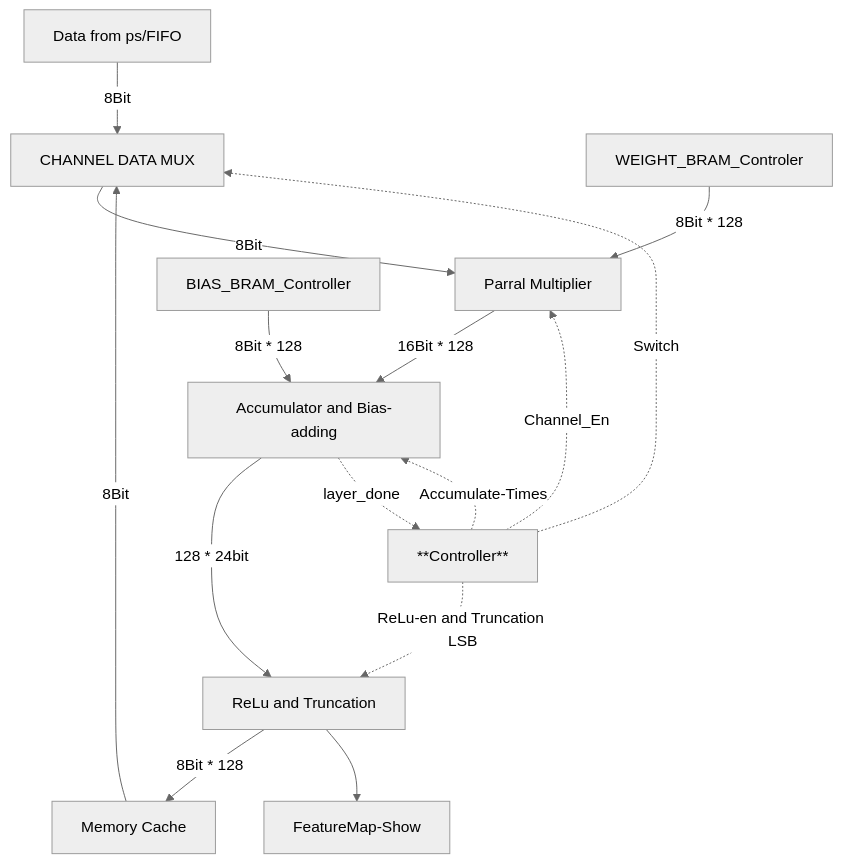
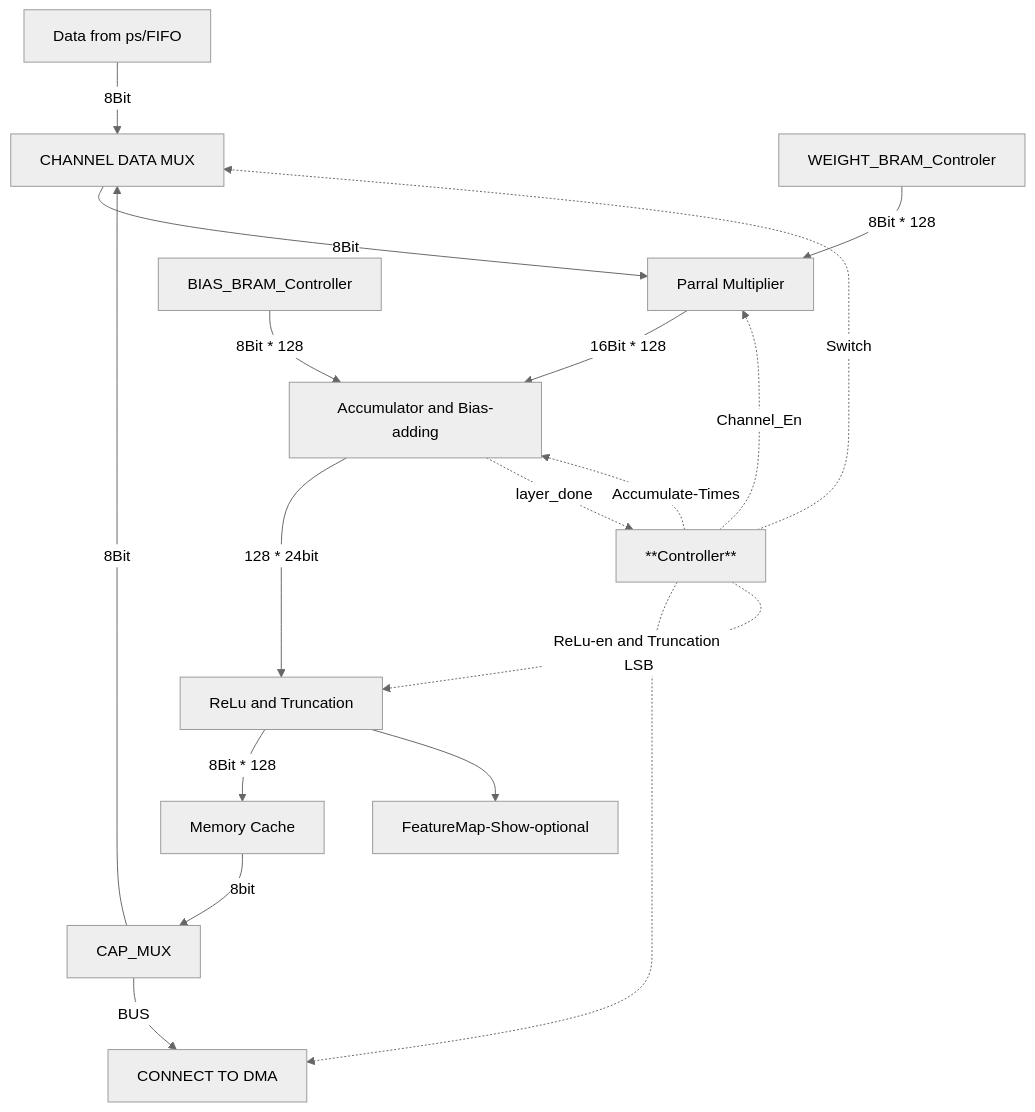
Before and after one commit to yaochen0712/CNN_ACCEL_LITE: the diagram in README.md, drawn with Mermaid (neutral theme). The commit also changed 164 other files, not shown here.

````diff
--- a/README.md
+++ b/README.md
@@ -9,17 +9,20 @@
 ```mermaid
 graph TD
     A[Data from ps/FIFO] --> |8Bit| B[CHANNEL DATA MUX]
-    C[Memory Cache] --> |8Bit| B
+    C[Memory Cache] --> |8bit| K[CAP_MUX]
+    K --> |8Bit| B
+    K --> |BUS| L[CONNECT TO DMA]
     B --> |8Bit| D[Parral Multiplier]
     D --> |16Bit * 128| E[Accumulator and Bias-adding]
     H[WEIGHT_BRAM_Controler] -->|8Bit * 128| D
     F[BIAS_BRAM_Controller] -->|8Bit * 128| E
     E --> |128 * 24bit| G[ReLu and Truncation]
     G --> |8Bit * 128| C
-    G --> I[FeatureMap-Show]
+    G --> I[FeatureMap-Show-optional]
     J[**Controller**] -.-> |Switch|B
     J -.-> |Channel_En|D
     J -.-> |Accumulate-Times| E
+    J -.-> L
     J -.-> |ReLu-en and Truncation LSB|G
     E -.-> |layer_done|J
 ```  
````
